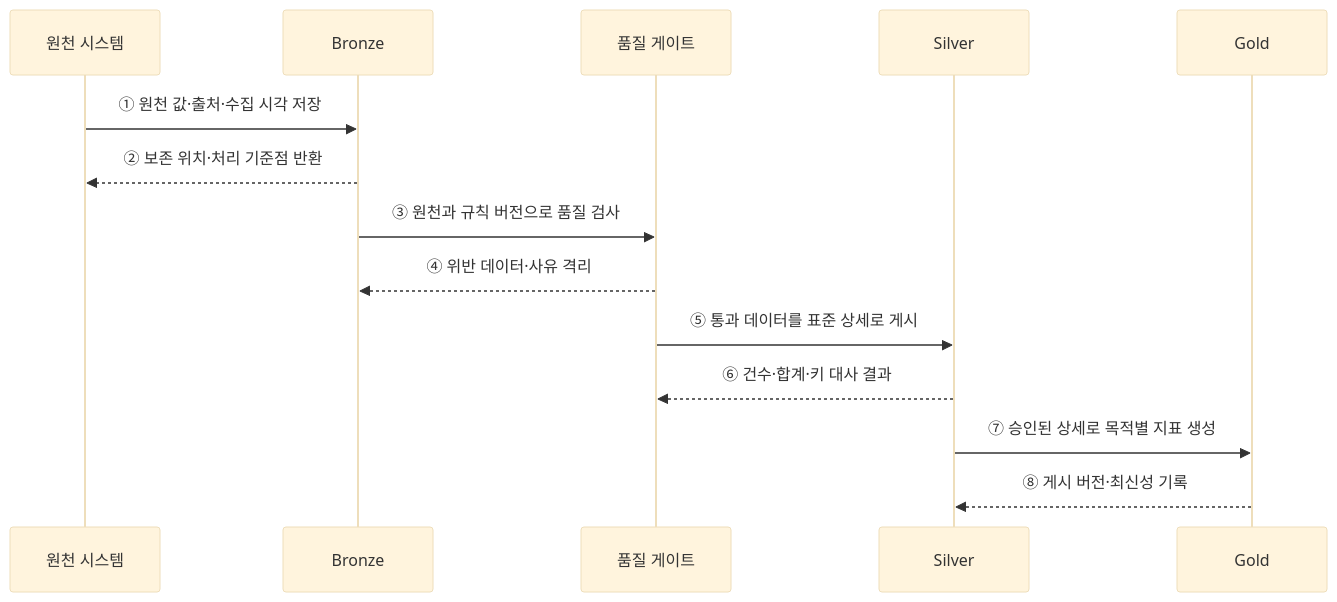
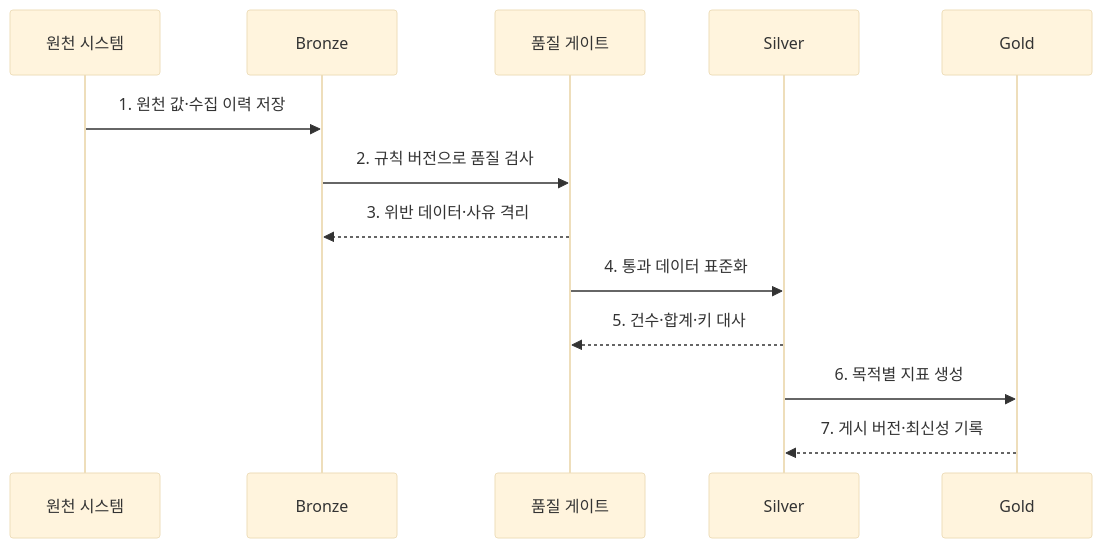
The second of 2 diagrams in src/content/docs/notes/03-software/130_medallion_architecture.md (agnusdei1207/knowledge-base), drawn with Mermaid (base theme) before and after one commit. The commit also changed other lines of this file and 20 other files, not shown here.

````diff
--- a/src/content/docs/notes/03-software/130_medallion_architecture.md
+++ b/src/content/docs/notes/03-software/130_medallion_architecture.md
@@ -75,16 +81,15 @@
 ```mermaid
 sequenceDiagram
     participant S as 원천 시스템
     participant B as Bronze
     participant Q as 품질 게이트
     participant V as Silver
     participant G as Gold
-    S->>B: ① 원천 값·출처·수집 시각 저장
-    B-->>S: ② 보존 위치·처리 기준점 반환
-    B->>Q: ③ 원천과 규칙 버전으로 품질 검사
-    Q-->>B: ④ 위반 데이터·사유 격리
-    Q->>V: ⑤ 통과 데이터를 표준 상세로 게시
-    V-->>Q: ⑥ 건수·합계·키 대사 결과
-    V->>G: ⑦ 승인된 상세로 목적별 지표 생성
-    G-->>V: ⑧ 게시 버전·최신성 기록
+    S->>B: 1. 원천 값·수집 이력 저장
+    B->>Q: 2. 규칙 버전으로 품질 검사
+    Q-->>B: 3. 위반 데이터·사유 격리
+    Q->>V: 4. 통과 데이터 표준화
+    V-->>Q: 5. 건수·합계·키 대사
+    V->>G: 6. 목적별 지표 생성
+    G-->>V: 7. 게시 버전·최신성 기록
 ```
````
